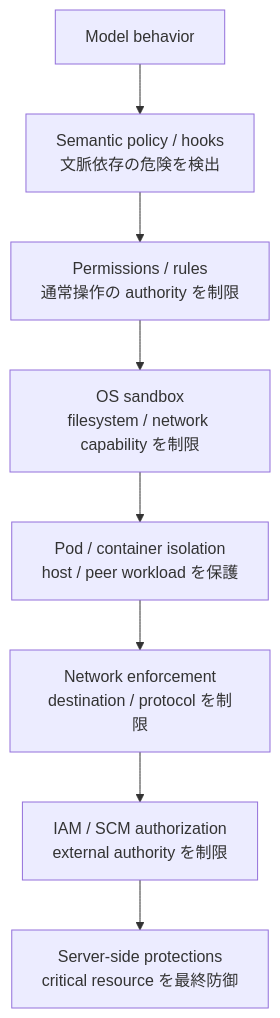
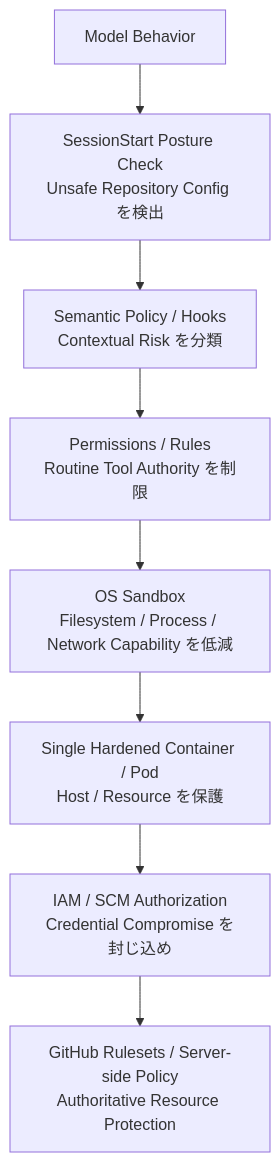
One commit to tomo-chan/agent-harness changed the diagram in docs/ja/03-security-model.md. Above: the diagram before and after it, drawn with Mermaid. The commit also changed other lines of this file, not shown here.

````diff
--- a/docs/ja/03-security-model.md
+++ b/docs/ja/03-security-model.md
@@ -21,10 +13,10 @@
 ```mermaid
 flowchart TD
-    M[Model behavior] --> H[Semantic policy / hooks<br/>文脈依存の危険を検出]
-    H --> P[Permissions / rules<br/>通常操作の authority を制限]
-    P --> S[OS sandbox<br/>filesystem / network capability を制限]
-    S --> C[Pod / container isolation<br/>host / peer workload を保護]
-    C --> N[Network enforcement<br/>destination / protocol を制限]
-    N --> I[IAM / SCM authorization<br/>external authority を制限]
-    I --> R[Server-side protections<br/>critical resource を最終防御]
+    M[Model Behavior] --> SS[SessionStart Posture Check<br/>Unsafe Repository Config を検出]
+    SS --> H[Semantic Policy / Hooks<br/>Contextual Risk を分類]
+    H --> P[Permissions / Rules<br/>Routine Tool Authority を制限]
+    P --> S[OS Sandbox<br/>Filesystem / Process / Network Capability を低減]
+    S --> C[Single Hardened Container / Pod<br/>Host / Resource を保護]
+    C --> I[IAM / SCM Authorization<br/>Credential Compromise を封じ込め]
+    I --> R[GitHub Rulesets / Server-side Policy<br/>Authoritative Resource Protection]
 ```
````
